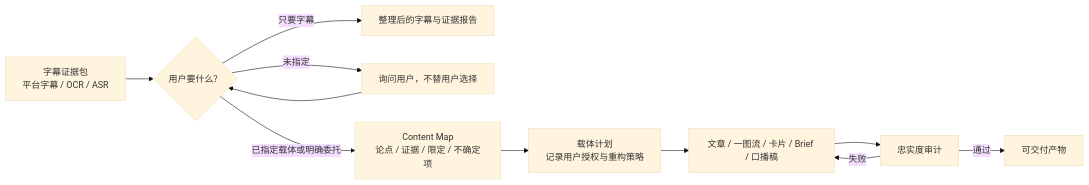
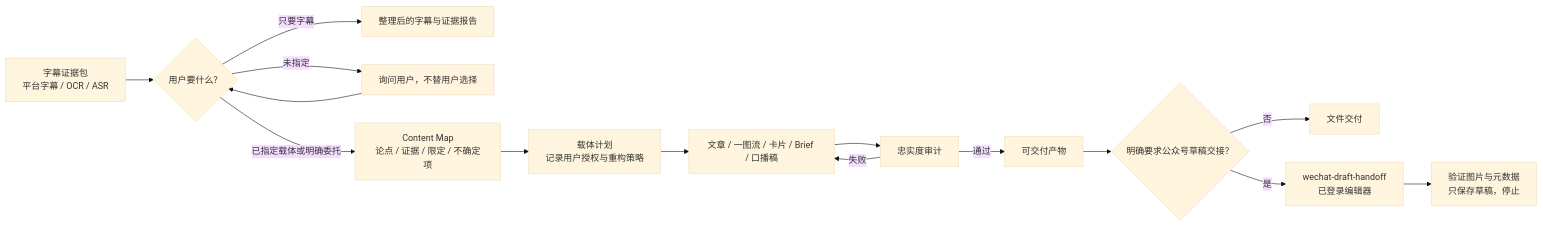
The diagram in docs/content-workflow.md (MindMobius/video-content-skills), drawn with Mermaid (base theme) before and after one commit. The commit also changed other lines of this file and 13 other files, not shown here.

Commit message:
新增公众号草稿交接 Skill 并固化富文本图片导入流程

````diff
--- a/docs/content-workflow.md
+++ b/docs/content-workflow.md
@@ -12,13 +14,17 @@
 ```mermaid
 flowchart LR
     E["字幕证据包<br/>平台字幕 / OCR / ASR"] --> Q{"用户要什么？"}
     Q -->|只要字幕| S["整理后的字幕与证据报告"]
     Q -->|未指定| W["询问用户，不替用户选择"]
     W --> Q
     Q -->|已指定载体或明确委托| M["Content Map<br/>论点 / 证据 / 限定 / 不确定项"]
     M --> R["载体计划<br/>记录用户授权与重构策略"]
     R --> D["文章 / 一图流 / 卡片 / Brief / 口播稿"]
     D --> A["忠实度审计"]
+    A -->|失败| D
     A -->|通过| O["可交付产物"]
-    A -->|失败| D
+    O --> H{"明确要求公众号草稿交接？"}
+    H -->|否| F["文件交付"]
+    H -->|是| C["wechat-draft-handoff<br/>已登录编辑器"]
+    C --> G["验证图片与元数据<br/>只保存草稿，停止"]
 ```
````
